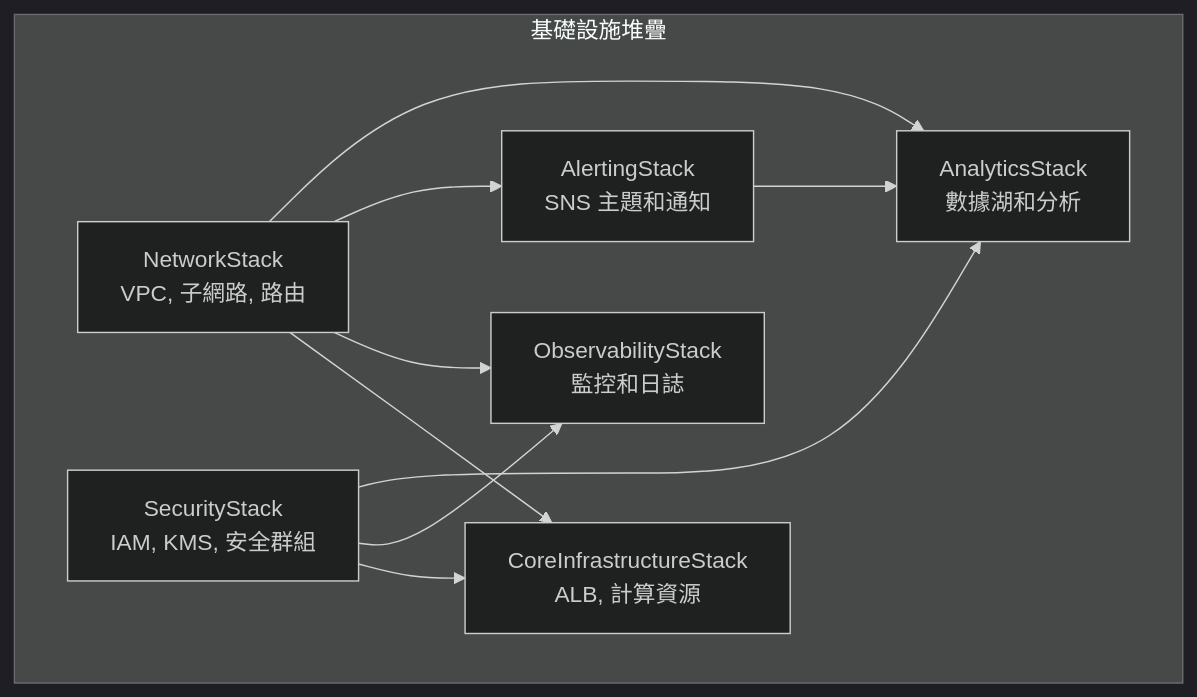
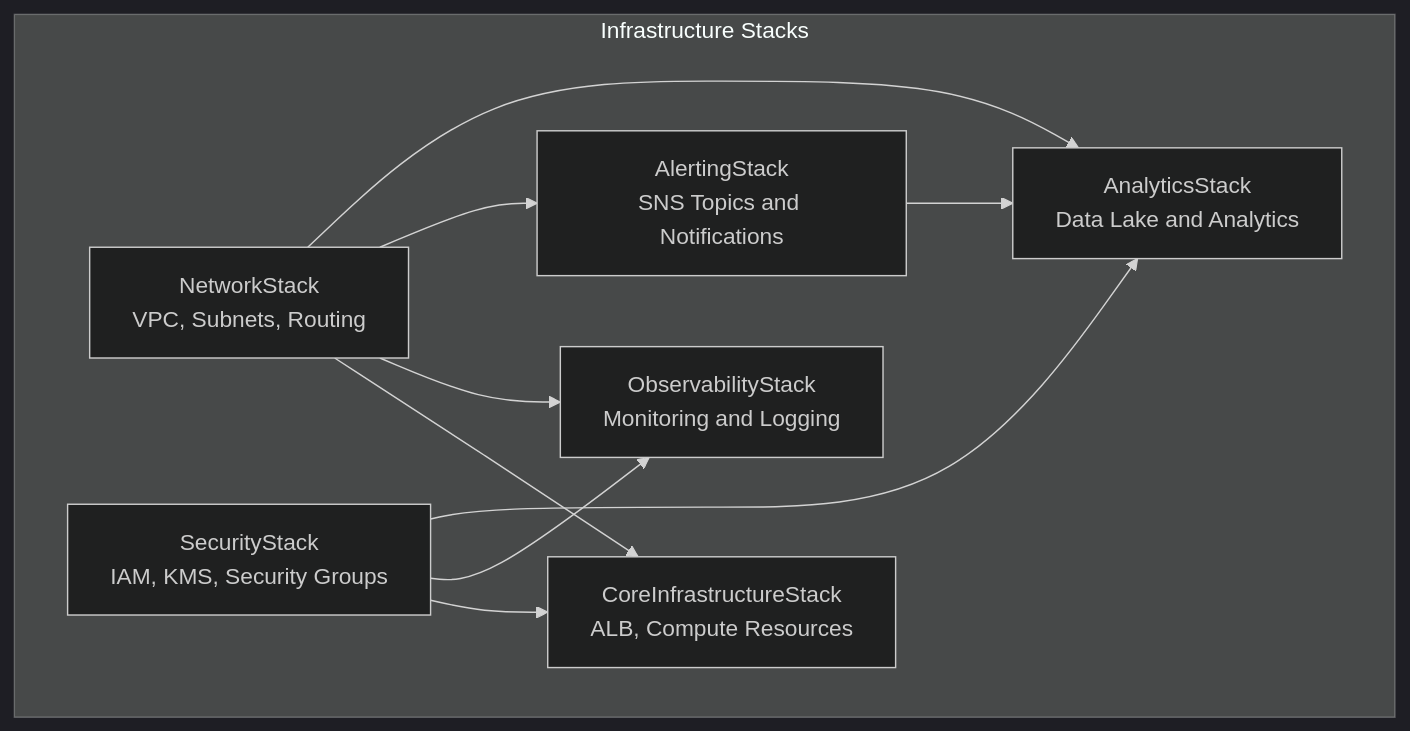
The diagram in docs/viewpoints/deployment/infrastructure-as-code.md (humank/genai-demo), drawn with Mermaid (dark theme) before and after one commit. The commit also changed other lines of this file and 453 other files, not shown here.

First line of the commit message:
feat: Complete translation of key architecture and API documentation

````diff
--- a/docs/viewpoints/deployment/infrastructure-as-code.md
+++ b/docs/viewpoints/deployment/infrastructure-as-code.md
@@ -11,20 +11,20 @@
 ```mermaid
 graph TB
-    subgraph "基礎設施堆疊"
-        A[NetworkStack<br/>VPC, 子網路, 路由]
-        B[SecurityStack<br/>IAM, KMS, 安全群組]
-        C[AlertingStack<br/>SNS 主題和通知]
-        D[CoreInfrastructureStack<br/>ALB, 計算資源]
-        E[ObservabilityStack<br/>監控和日誌]
-        F[AnalyticsStack<br/>數據湖和分析]
+    subgraph "Infrastructure Stacks"
+        A[NetworkStack<br/>VPC, Subnets, Routing]
+        B[SecurityStack<br/>IAM, KMS, Security Groups]
+        C[AlertingStack<br/>SNS Topics and Notifications]
+        D[CoreInfrastructureStack<br/>ALB, Compute Resources]
+        E[ObservabilityStack<br/>Monitoring and Logging]
+        F[AnalyticsStack<br/>Data Lake and Analytics]
     end
     
     A --> D
     B --> D
     A --> E
     B --> E
     A --> C
     C --> F
     B --> F
     A --> F
 ```
````
